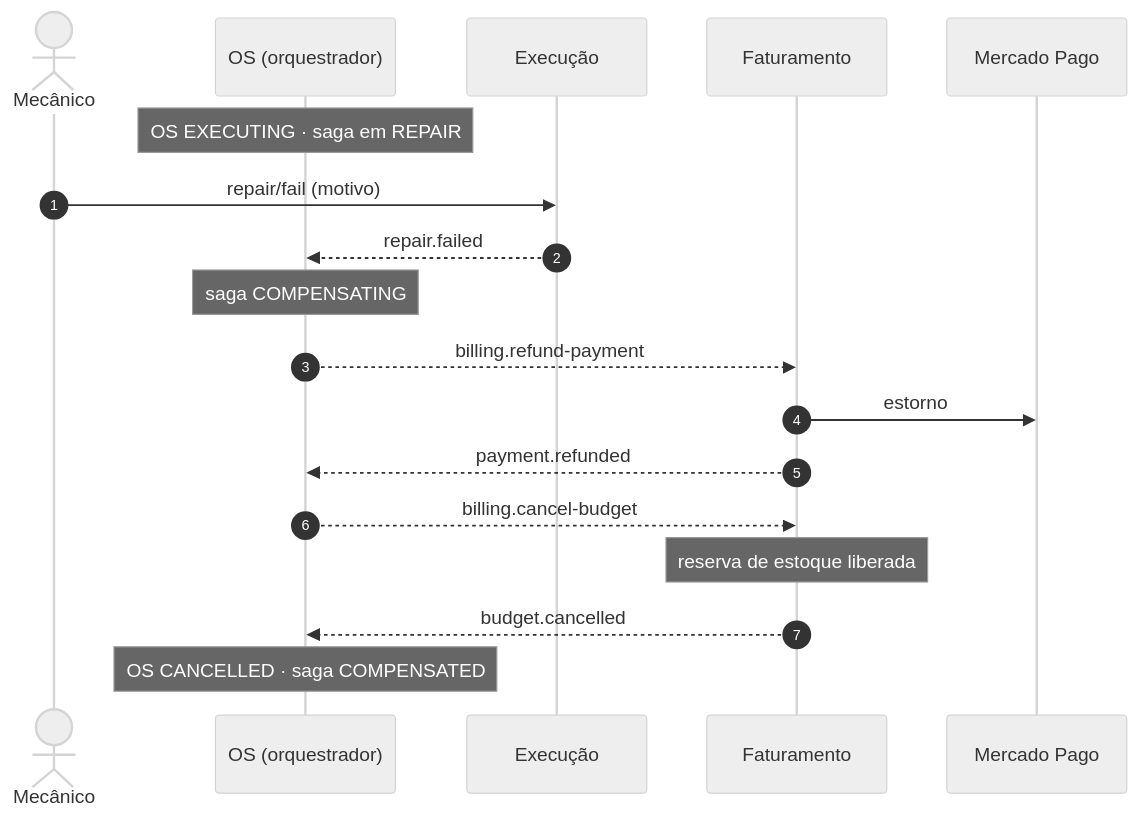
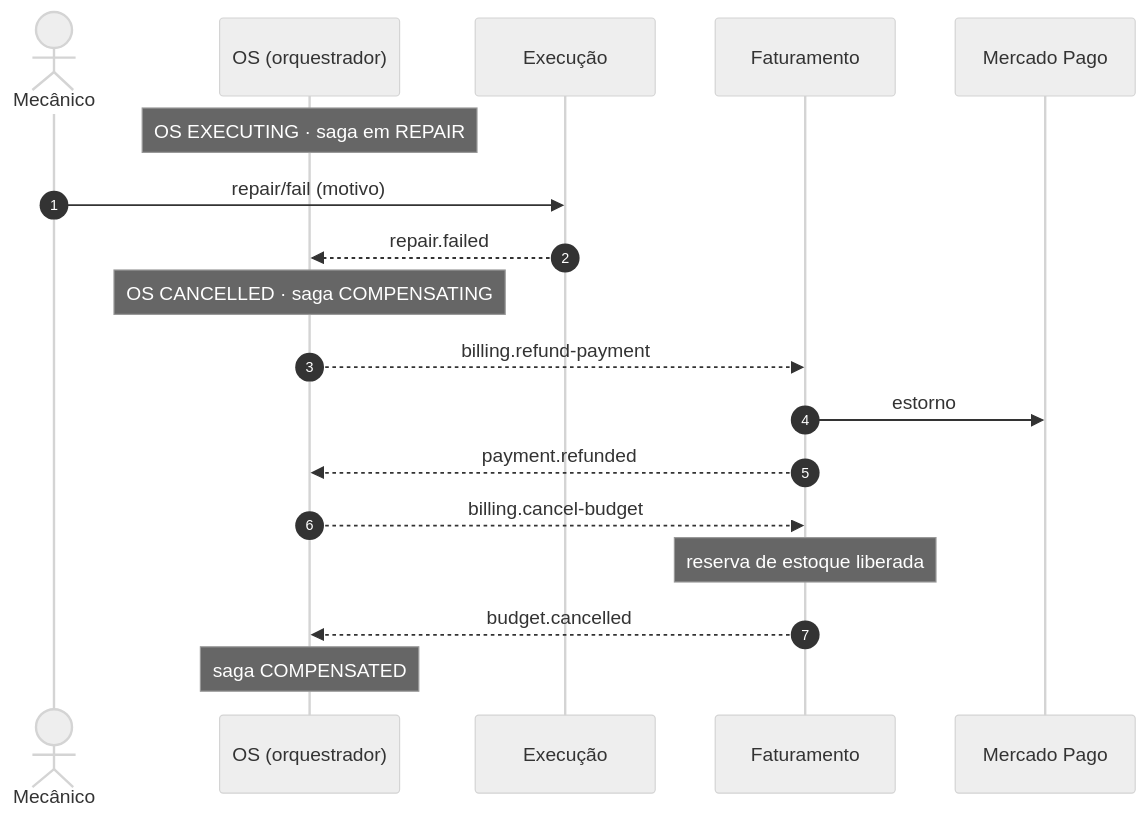
The second of 4 diagrams in docs/fase-4/diagramas/saga.md (bregaldahq/oficina-api), drawn with Mermaid (neutral theme) before and after one commit. The commit also changed other lines of this file and 3 other files, not shown here.

````diff
--- a/docs/fase-4/diagramas/saga.md
+++ b/docs/fase-4/diagramas/saga.md
@@ -52,21 +52,21 @@
 ```mermaid
 sequenceDiagram
     autonumber
     actor M as Mecânico
     participant OS as OS (orquestrador)
     participant EX as Execução
     participant FA as Faturamento
     participant MP as Mercado Pago
 
     Note over OS: OS EXECUTING · saga em REPAIR
     M->>EX: repair/fail (motivo)
     EX-->>OS: repair.failed
-    Note over OS: saga COMPENSATING
+    Note over OS: OS CANCELLED · saga COMPENSATING
     OS-->>FA: billing.refund-payment
     FA->>MP: estorno
     FA-->>OS: payment.refunded
     OS-->>FA: billing.cancel-budget
     Note over FA: reserva de estoque liberada
     FA-->>OS: budget.cancelled
-    Note over OS: OS CANCELLED · saga COMPENSATED
+    Note over OS: saga COMPENSATED
 ```
````
